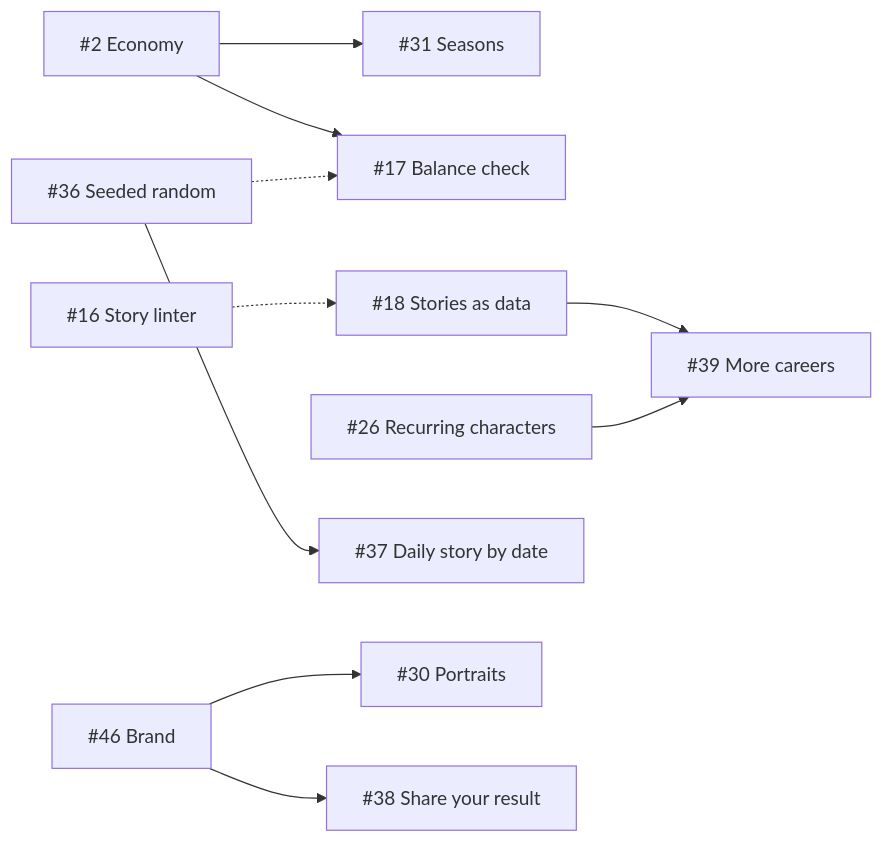
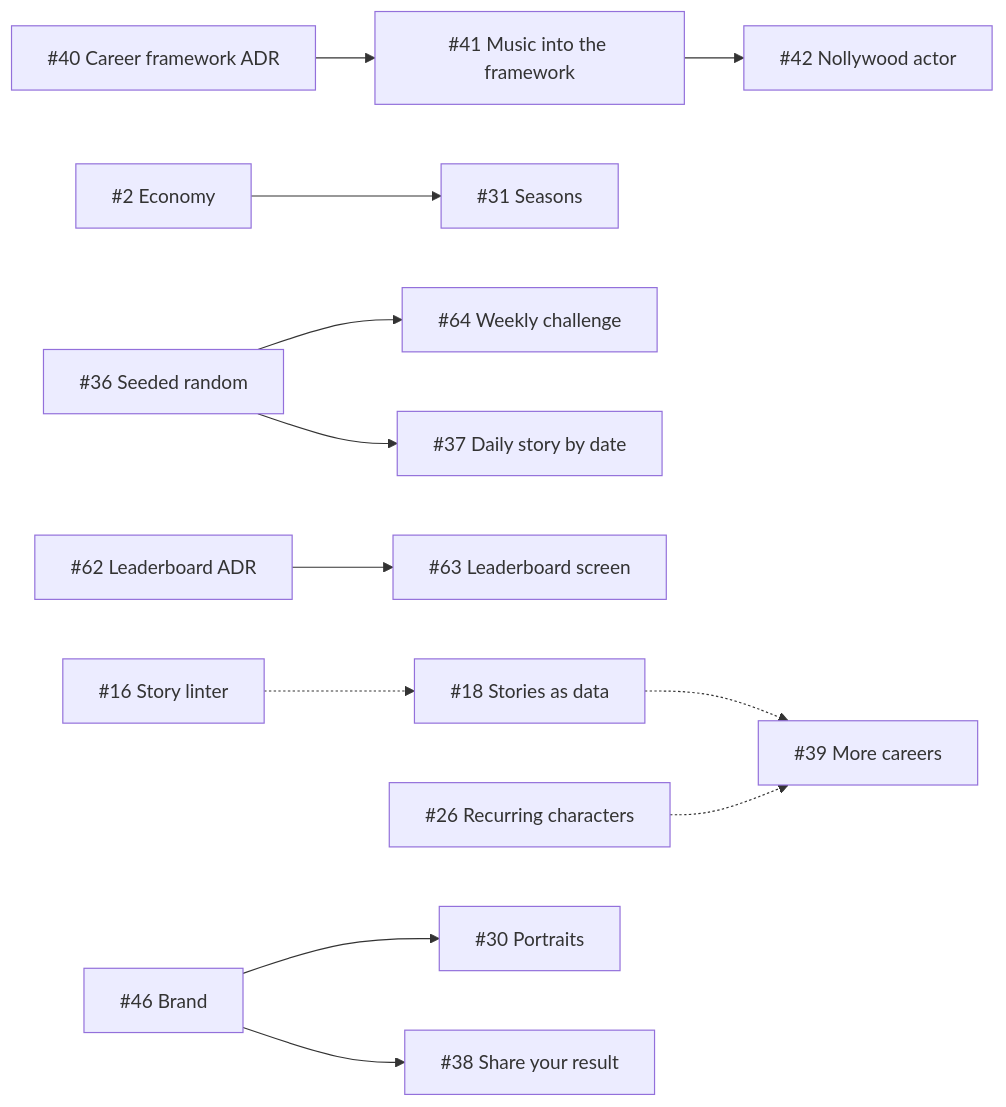
The diagram in docs/roadmap.md (tiwadara/lagos-superstar), drawn with Mermaid before and after one commit. The commit also changed other lines of this file and 2 other files, not shown here.

First line of the commit message:
Roadmap: careers first; ADR 0008 (proposed) for the career framework

````diff
--- a/docs/roadmap.md
+++ b/docs/roadmap.md
@@ -34,12 +38,13 @@
 ```mermaid
 flowchart LR
+  T40["#40 Career framework ADR"] --> T41["#41 Music into the framework"] --> T42["#42 Nollywood actor"]
   E2["#2 Economy"] --> E31["#31 Seasons"]
-  E2 --> T17["#17 Balance check"]
-  E18["#18 Stories as data"] --> E39["#39 More careers"]
-  E26["#26 Recurring characters"] --> E39
-  T36["#36 Seeded random"] --> T37["#37 Daily story by date"]
-  T36 -.-> T17
+  T36["#36 Seeded random"] --> T64["#64 Weekly challenge"]
+  T36 --> T37["#37 Daily story by date"]
+  T62["#62 Leaderboard ADR"] --> T63["#63 Leaderboard screen"]
+  E18["#18 Stories as data"] -.-> E39["#39 More careers"]
+  E26["#26 Recurring characters"] -.-> E39
   T16["#16 Story linter"] -.-> E18
   E46["#46 Brand"] --> T30["#30 Portraits"]
   E46 --> T38["#38 Share your result"]
 ```
````
